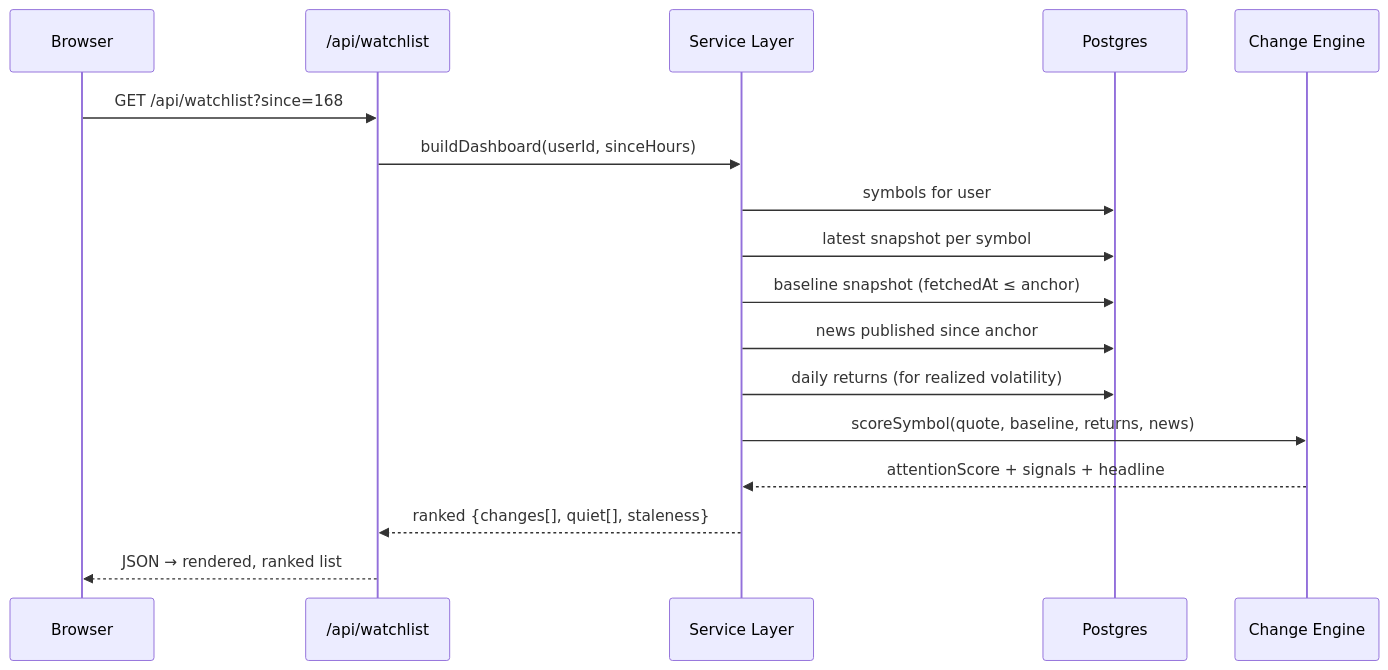
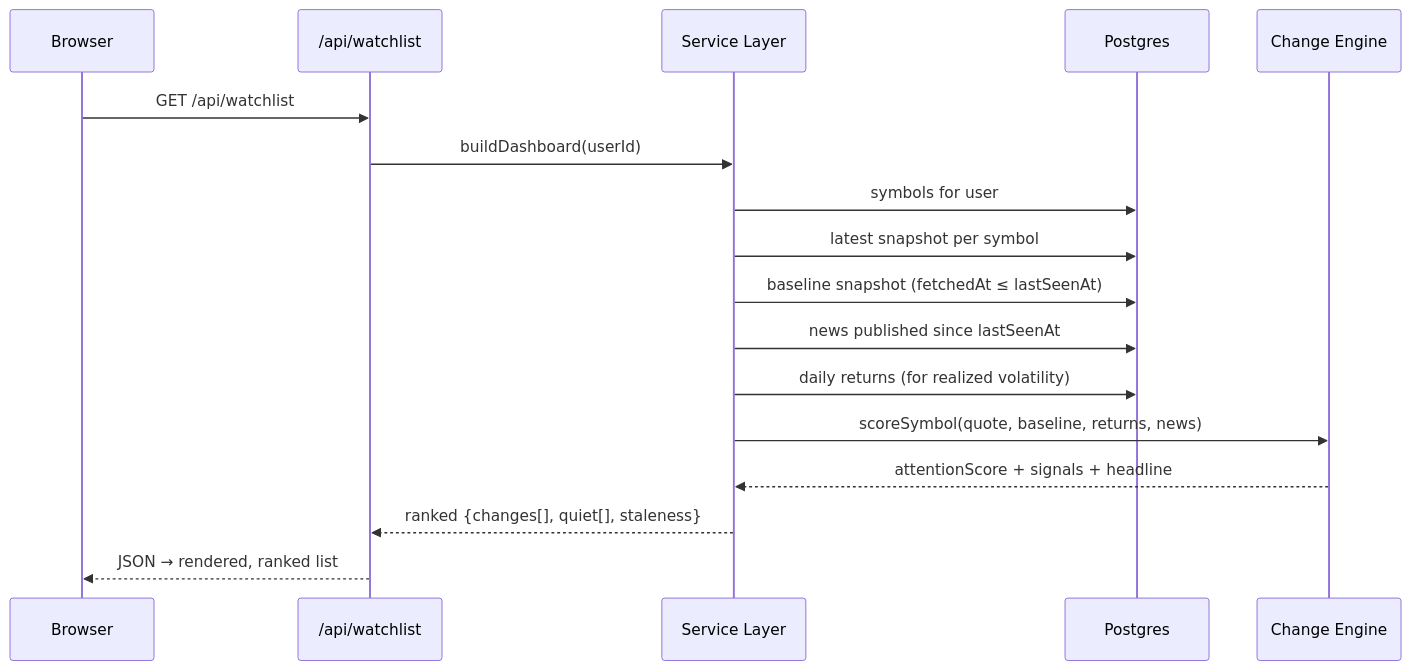
Before and after one commit to RukminiVelidi/groww-smart-watchlist: the second of 4 diagrams in DESIGN.md, drawn with Mermaid. The commit also changed other lines of this file and 4 other files, not shown here.

Commit message:
Revert to pure watermark model: remove Since selector + 7-day default (faithful 'since last checked', no scope creep)

````diff
--- a/DESIGN.md
+++ b/DESIGN.md
@@ -149,20 +148,20 @@
 ```mermaid
 sequenceDiagram
     participant U as Browser
     participant A as /api/watchlist
     participant S as Service Layer
     participant DB as Postgres
     participant E as Change Engine
 
-    U->>A: GET /api/watchlist?since=168
-    A->>S: buildDashboard(userId, sinceHours)
+    U->>A: GET /api/watchlist
+    A->>S: buildDashboard(userId)
     S->>DB: symbols for user
     S->>DB: latest snapshot per symbol
-    S->>DB: baseline snapshot (fetchedAt ≤ anchor)
-    S->>DB: news published since anchor
+    S->>DB: baseline snapshot (fetchedAt ≤ lastSeenAt)
+    S->>DB: news published since lastSeenAt
     S->>DB: daily returns (for realized volatility)
     S->>E: scoreSymbol(quote, baseline, returns, news)
     E-->>S: attentionScore + signals + headline
     S-->>A: ranked {changes[], quiet[], staleness}
     A-->>U: JSON → rendered, ranked list
 ```
````
